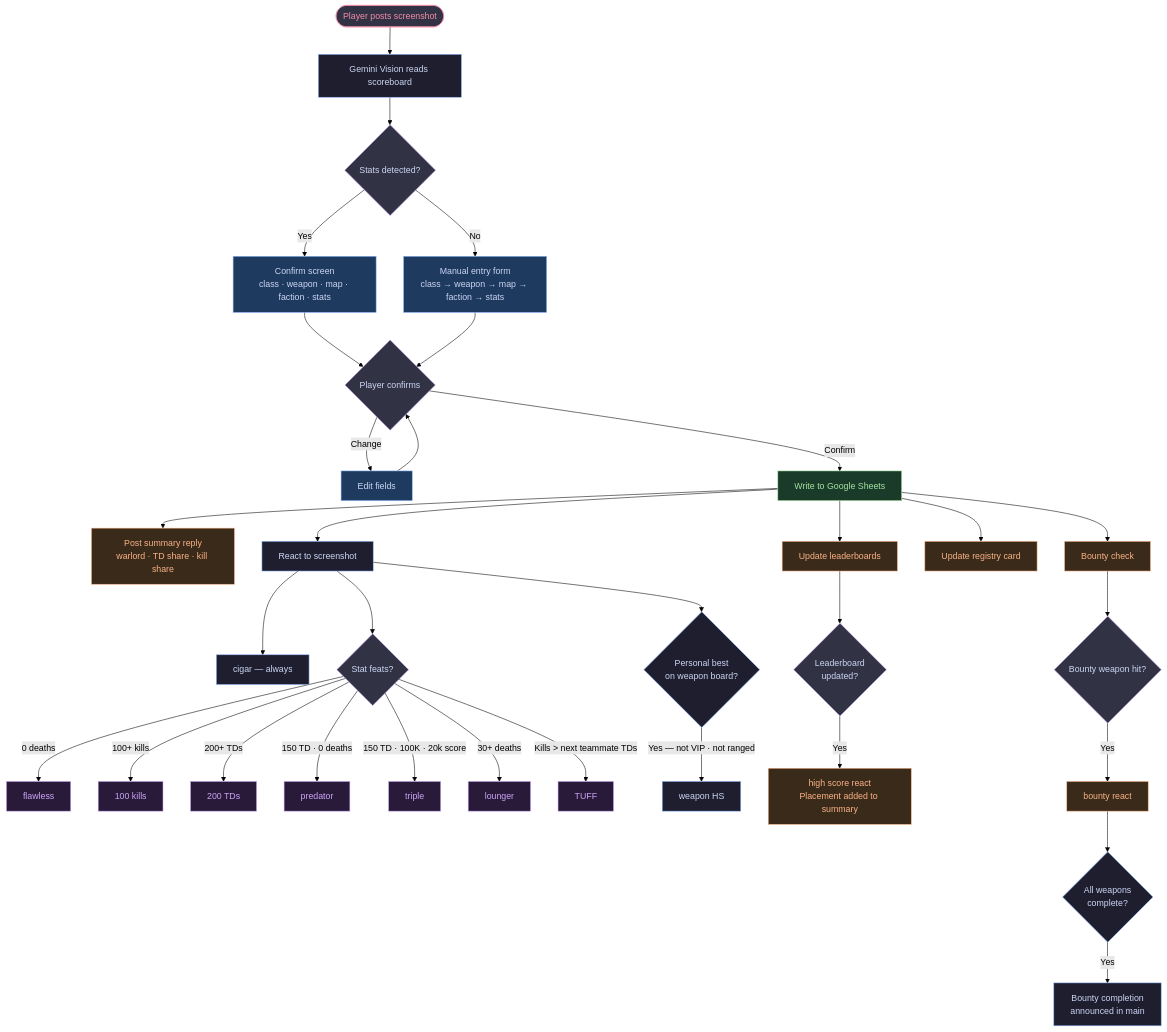
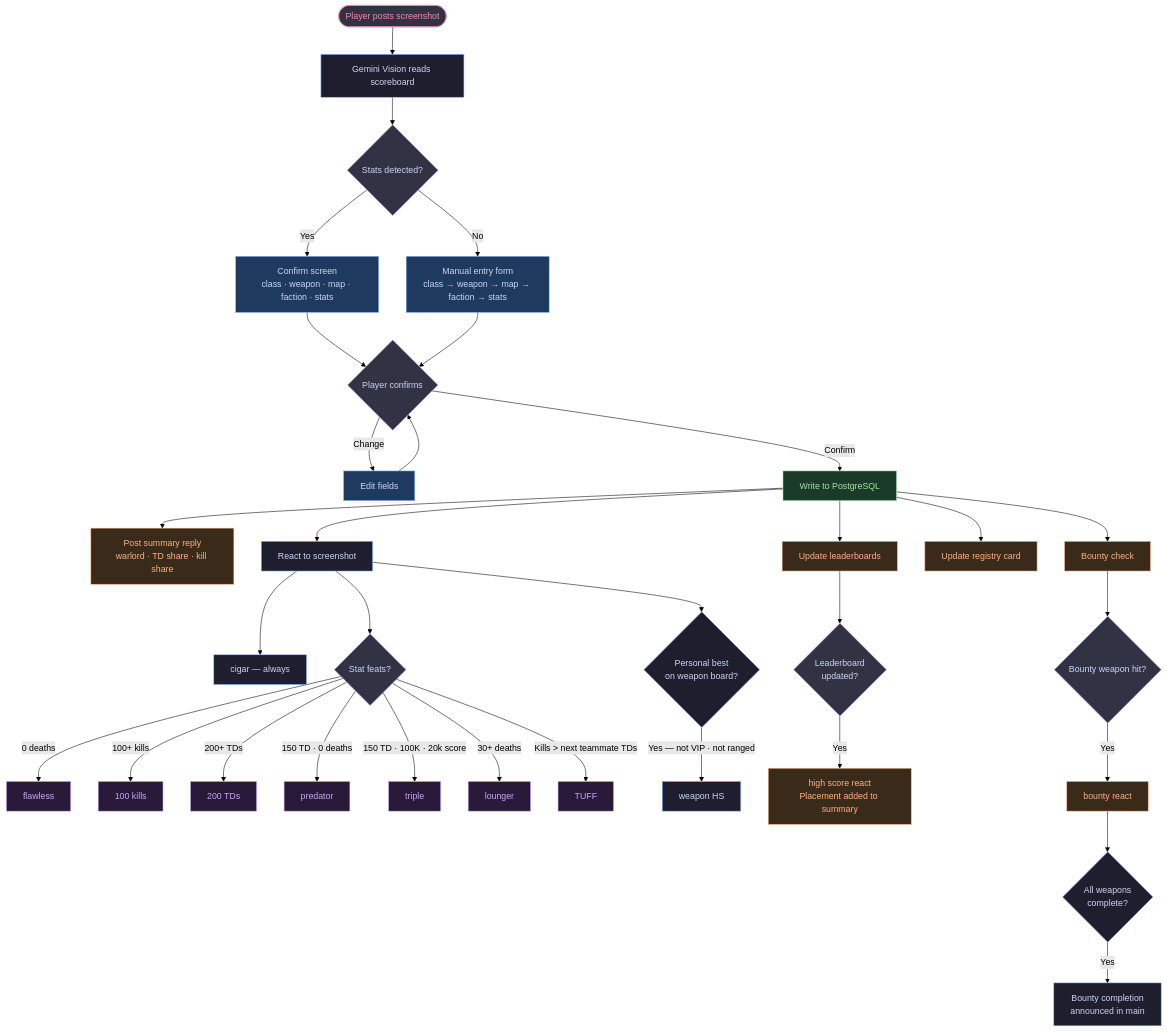
The diagram in README.md (haxan-cmd/CigarLoungeButler), drawn with Mermaid (forest theme) before and after one commit. The commit also changed other lines of this file, not shown here.

Commit message:
docs: update README — Postgres, updated flowchart, current architecture notes

````diff
--- a/README.md
+++ b/README.md
@@ -23,53 +23,53 @@
 ```mermaid
 flowchart TD
     A([Player posts screenshot]) --> B[Gemini Vision reads scoreboard]
     B --> C{Stats detected?}
     C -->|Yes| D[Confirm screen\nclass · weapon · map · faction · stats]
     C -->|No| E[Manual entry form\nclass → weapon → map → faction → stats]
     D --> F{Player confirms}
     E --> F
     F -->|Change| G[Edit fields] --> F
-    F -->|Confirm| H[Write to Google Sheets]
+    F -->|Confirm| H[Write to PostgreSQL]
 
     H --> I[Post summary reply\nwarlord · TD share · kill share]
     H --> J[React to screenshot]
     H --> K[Update leaderboards]
     H --> L[Update registry card]
     H --> M[Bounty check]
 
     J --> J0[cigar — always]
     J --> J1{Stat feats?}
     J1 -->|0 deaths| J2[flawless]
     J1 -->|100+ kills| J3[100 kills]
     J1 -->|200+ TDs| J4[200 TDs]
     J1 -->|150 TD · 0 deaths| J5[predator]
     J1 -->|150 TD · 100K · 20k score| J6[triple]
     J1 -->|30+ deaths| J7[lounger]
     J1 -->|Kills > next teammate TDs| J8[TUFF]
 
     J --> J9{Personal best\non weapon board?}
     J9 -->|Yes — not VIP · not ranged| J10[weapon HS]
 
     K --> K1{Leaderboard\nupdated?}
     K1 -->|Yes| K2[high score react\nPlacement added to summary]
 
     M --> M1{Bounty weapon hit?}
     M1 -->|Yes| M2[bounty react]
     M2 --> M3{All weapons\ncomplete?}
     M3 -->|Yes| M4[Bounty completion\nannounced in main]
 
     classDef default fill:#1e1e2e,stroke:#89b4fa,color:#cdd6f4
     classDef decision fill:#313244,stroke:#cba6f7,color:#cdd6f4
     classDef action fill:#1e3a5f,stroke:#89b4fa,color:#cdd6f4
-    classDef sheets fill:#1a3a2a,stroke:#a6e3a1,color:#a6e3a1
+    classDef db fill:#1a3a2a,stroke:#a6e3a1,color:#a6e3a1
     classDef summary fill:#3a2a1a,stroke:#fab387,color:#fab387
     classDef feat fill:#2a1a3a,stroke:#cba6f7,color:#cba6f7
     classDef start fill:#313244,stroke:#f38ba8,color:#f38ba8
 
     class A start
     class C,F,J1,K1,M1 decision
     class D,E,G action
-    class H sheets
+    class H db
     class I,K,L,M,K2,M2 summary
     class J2,J3,J4,J5,J6,J7,J8 feat
 ```
````
